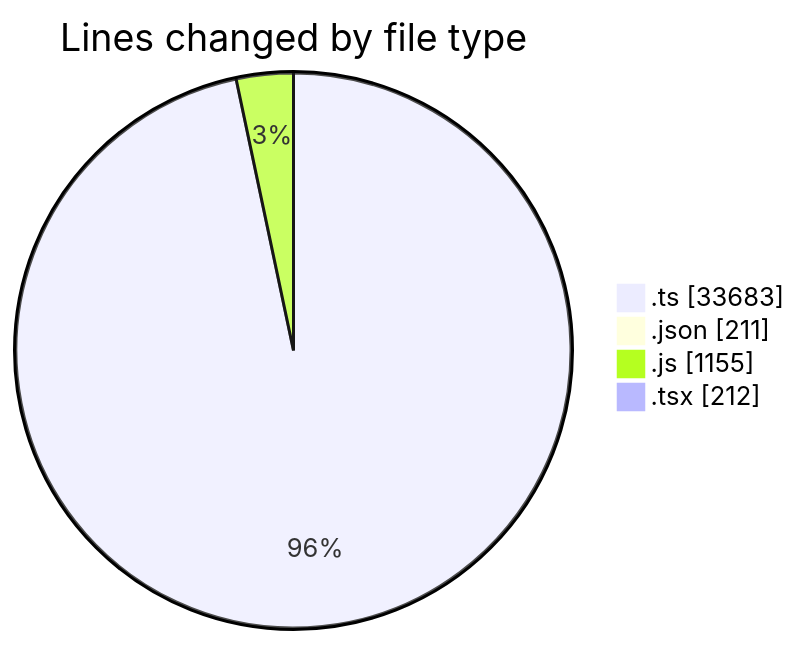
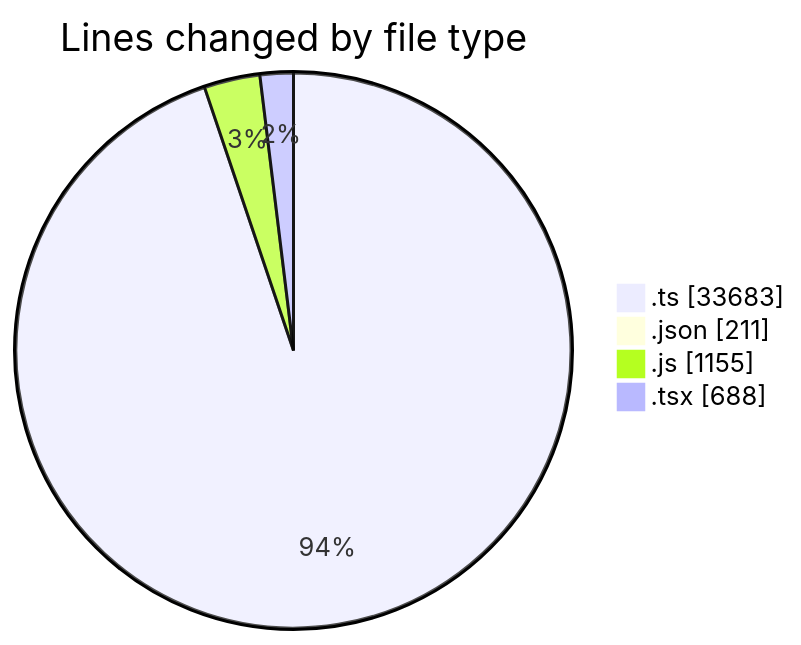
Before and after one commit to momahboobian/code-tracking: the first of 2 diagrams in 2026-11-04/cda/README.md, drawn with Mermaid. The commit also changed other lines of this file and 1 other file, not shown here.

````diff
--- a/2026-11-04/cda/README.md
+++ b/2026-11-04/cda/README.md
@@ -36,8 +37,8 @@
 ```mermaid
 pie showData
 title Lines changed by file type
 ".ts" : 33683
 ".json" : 211
 ".js" : 1155
-".tsx" : 212
+".tsx" : 688
 ```
````
